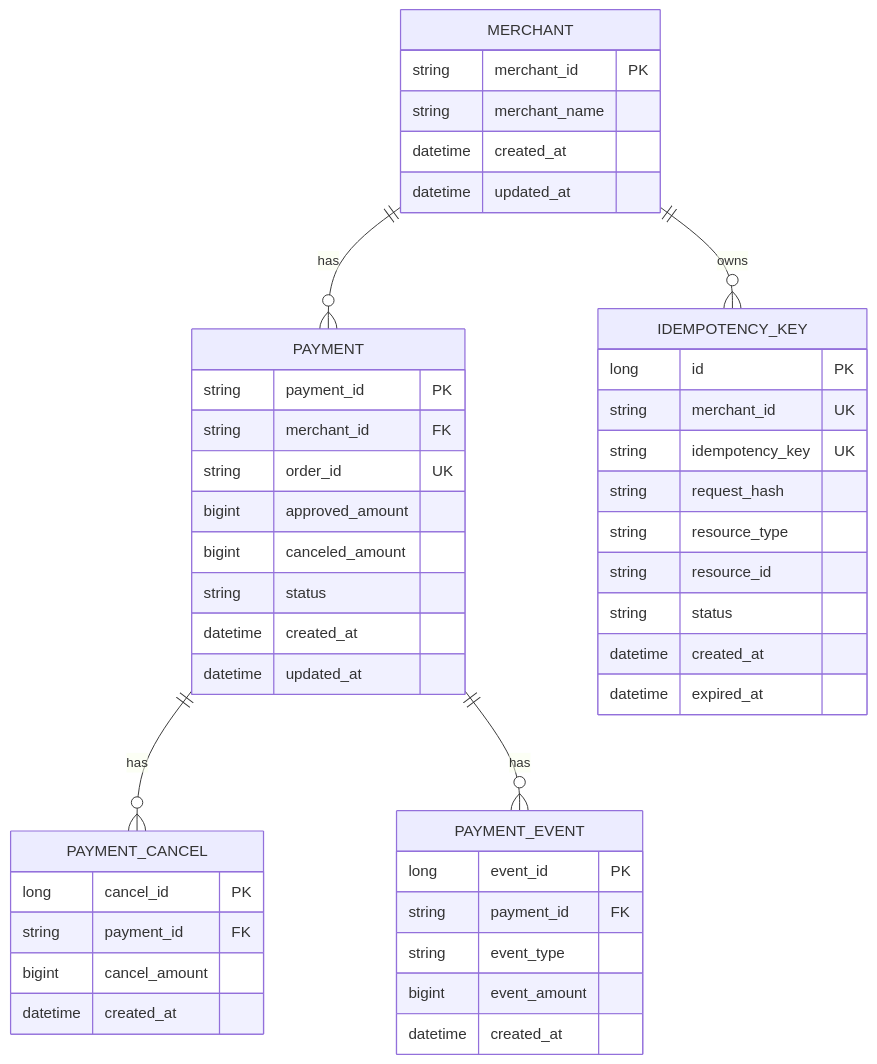
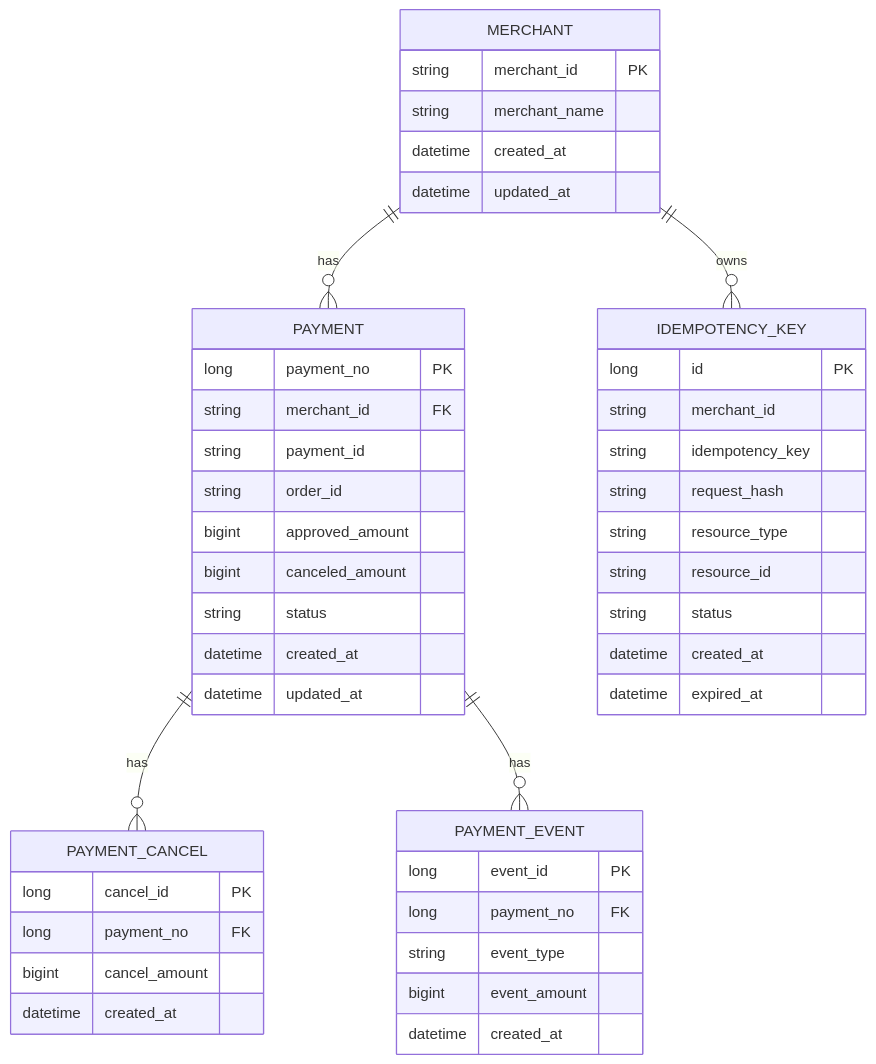
Before and after one commit to gooya3000/payment-platform: the diagram in README.md, drawn with Mermaid. The commit also changed other lines of this file and 19 other files, not shown here.

````diff
--- a/README.md
+++ b/README.md
@@ -89,52 +93,53 @@
 ```mermaid
 erDiagram
     MERCHANT ||--o{ PAYMENT : has
     PAYMENT ||--o{ PAYMENT_CANCEL : has
     PAYMENT ||--o{ PAYMENT_EVENT : has
     MERCHANT ||--o{ IDEMPOTENCY_KEY : owns
 
     MERCHANT {
         string merchant_id PK
         string merchant_name
         datetime created_at
         datetime updated_at
     }
 
     PAYMENT {
-        string payment_id PK
+        long payment_no PK
         string merchant_id FK
-        string order_id UK
+        string payment_id
+        string order_id
         bigint approved_amount
         bigint canceled_amount
         string status
         datetime created_at
         datetime updated_at
     }
 
     PAYMENT_CANCEL {
         long cancel_id PK
-        string payment_id FK
+        long payment_no FK
         bigint cancel_amount
         datetime created_at
     }
 
     PAYMENT_EVENT {
         long event_id PK
-        string payment_id FK
+        long payment_no FK
         string event_type
         bigint event_amount
         datetime created_at
     }
 
     IDEMPOTENCY_KEY {
         long id PK
-        string merchant_id UK
-        string idempotency_key UK
+        string merchant_id
+        string idempotency_key
         string request_hash
         string resource_type
         string resource_id
         string status
         datetime created_at
         datetime expired_at
     }
 ```
````
